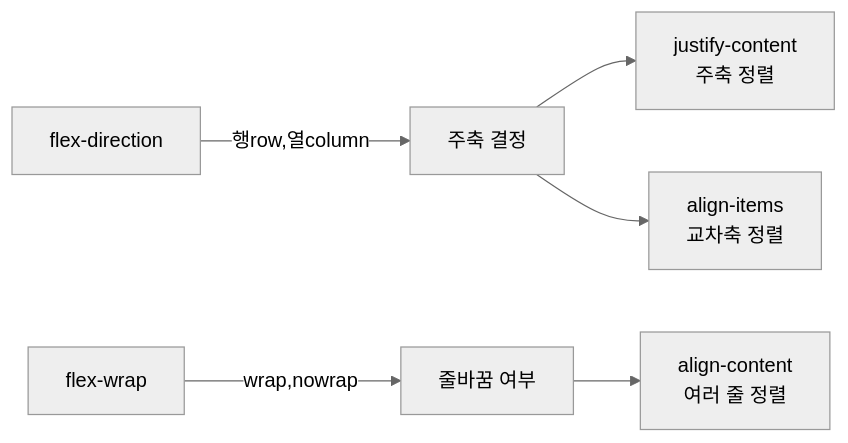
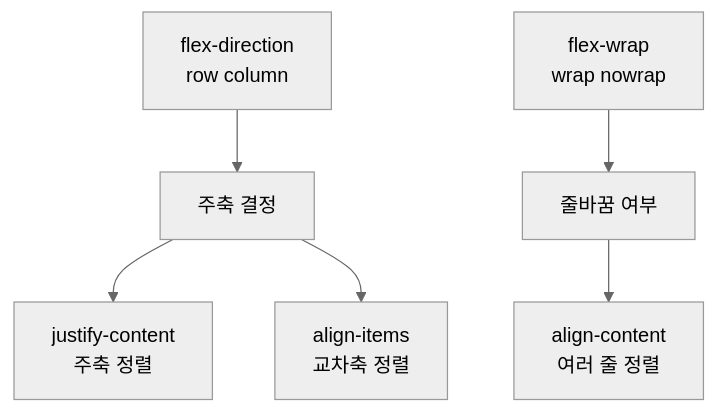
The diagram in _posts/2026-09-02-css-selectors-and-flexbox-guide.md (SeungBinYang/my-blog), drawn with Mermaid (neutral theme) before and after one commit.

Commit message:
mermaid 문법 오류 수정

````diff
--- a/_posts/2026-09-02-css-selectors-and-flexbox-guide.md
+++ b/_posts/2026-09-02-css-selectors-and-flexbox-guide.md
@@ -99,8 +99,8 @@
 ```mermaid
-flowchart LR
-    A["flex-direction"] -->|행row,열column| B["주축 결정"]
+flowchart TD
+    A["flex-direction<br/>row column"] --> B["주축 결정"]
     B --> C["justify-content<br/>주축 정렬"]
     B --> D["align-items<br/>교차축 정렬"]
-    E["flex-wrap"] -->|wrap,nowrap| F["줄바꿈 여부"]
+    E["flex-wrap<br/>wrap nowrap"] --> F["줄바꿈 여부"]
     F --> G["align-content<br/>여러 줄 정렬"]
 ```
````
